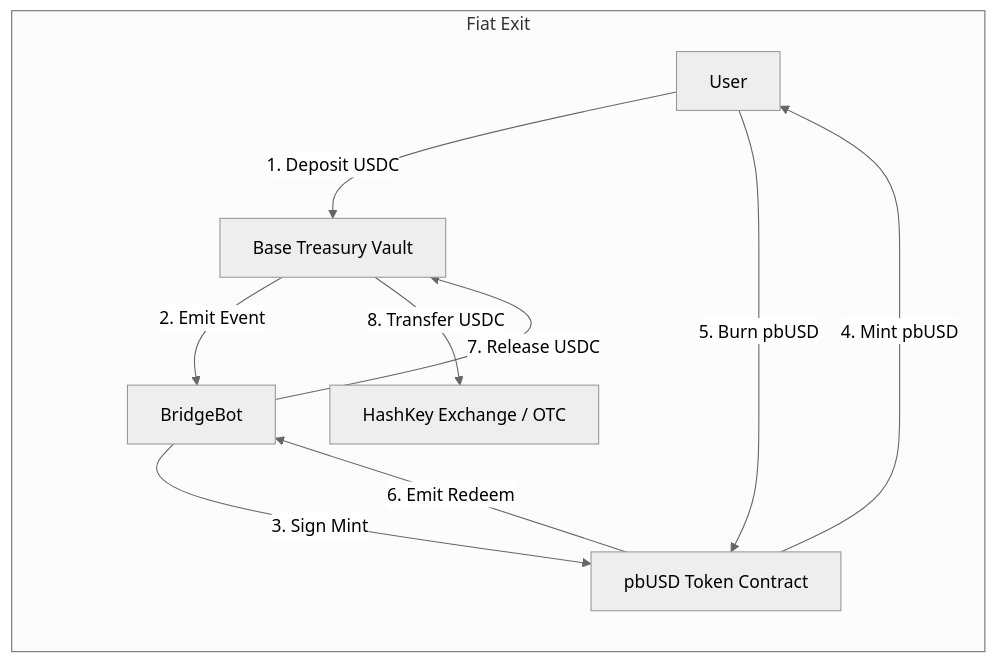
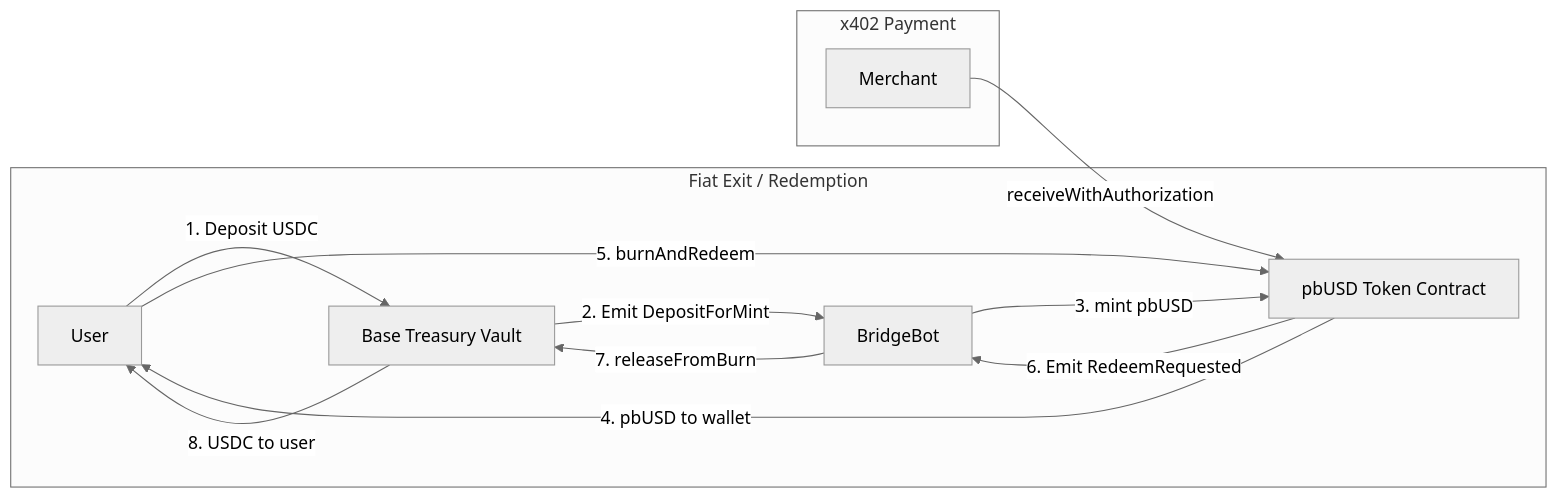
The diagram in docs/HASHKEY_INTEGRATION.md (CryptoBank-maker/protocol-banks---web3), drawn with Mermaid (neutral theme) before and after one commit. The commit also changed other lines of this file and 4 other files, not shown here.

First line of the commit message:
feat(contracts): enhance pbUSD system with ERC-3009, daily caps, transfer fees, emergency timelock

````diff
--- a/docs/HASHKEY_INTEGRATION.md
+++ b/docs/HASHKEY_INTEGRATION.md
@@ -26,14 +34,18 @@
 ```mermaid
 graph LR
     User -->|1. Deposit USDC| BaseTreasury[Base Treasury Vault]
-    BaseTreasury -->|2. Emit Event| BridgeBot
-    BridgeBot -->|3. Sign Mint| HSK_Contract[pbUSD Token Contract]
-    HSK_Contract -->|4. Mint pbUSD| User
+    BaseTreasury -->|2. Emit DepositForMint| BridgeBot
+    BridgeBot -->|3. mint pbUSD| HSK_Contract[pbUSD Token Contract]
+    HSK_Contract -->|4. pbUSD to wallet| User
     
-    subgraph "Fiat Exit"
-    User -->|5. Burn pbUSD| HSK_Contract
-    HSK_Contract -->|6. Emit Redeem| BridgeBot
-    BridgeBot -->|7. Release USDC| BaseTreasury
-    BaseTreasury -->|8. Transfer USDC| Exchange[HashKey Exchange / OTC]
+    subgraph "Fiat Exit / Redemption"
+    User -->|5. burnAndRedeem| HSK_Contract
+    HSK_Contract -->|6. Emit RedeemRequested| BridgeBot
+    BridgeBot -->|7. releaseFromBurn| BaseTreasury
+    BaseTreasury -->|8. USDC to user| User
+    end
+    
+    subgraph "x402 Payment"
+    Merchant -->|receiveWithAuthorization| HSK_Contract
     end
 ```
````
